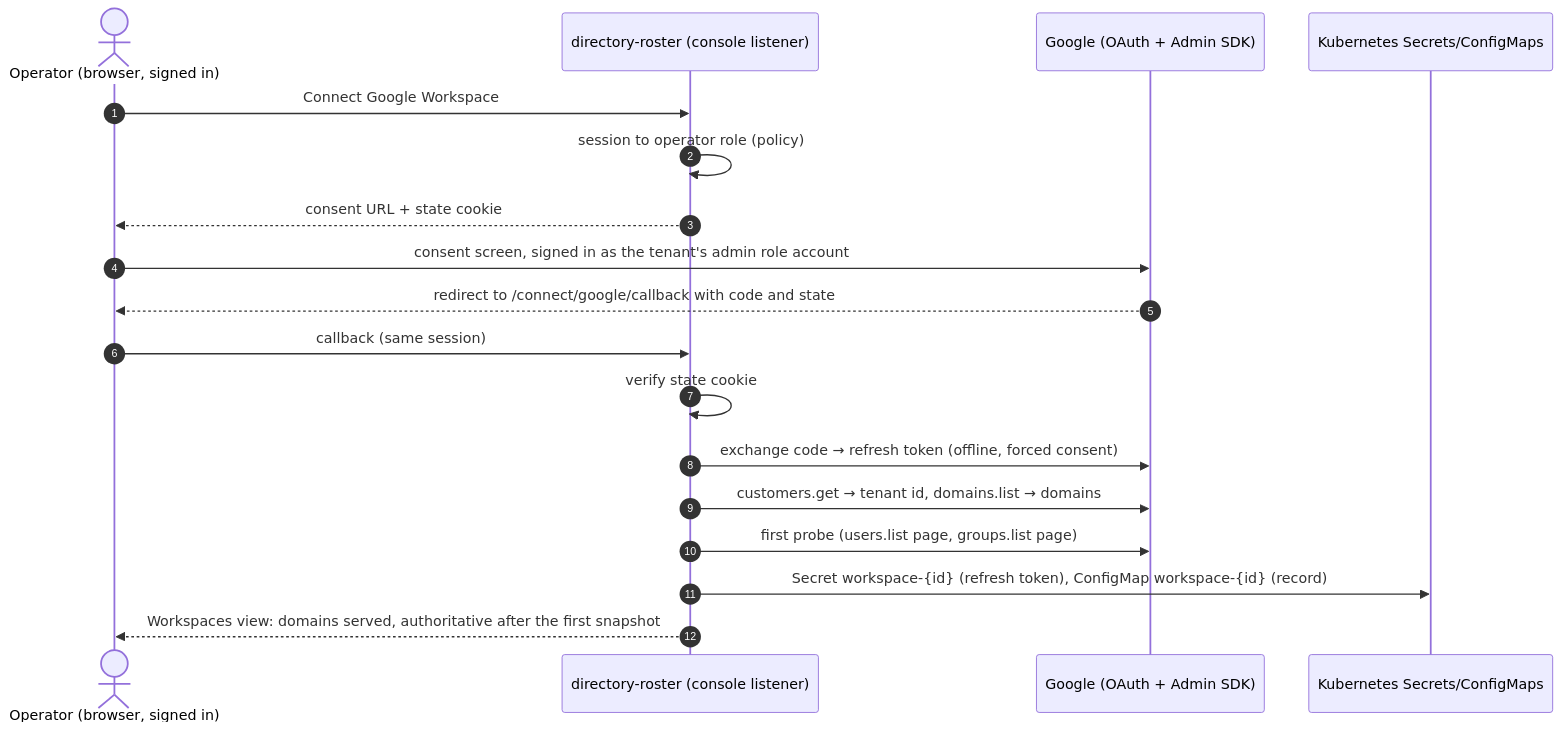
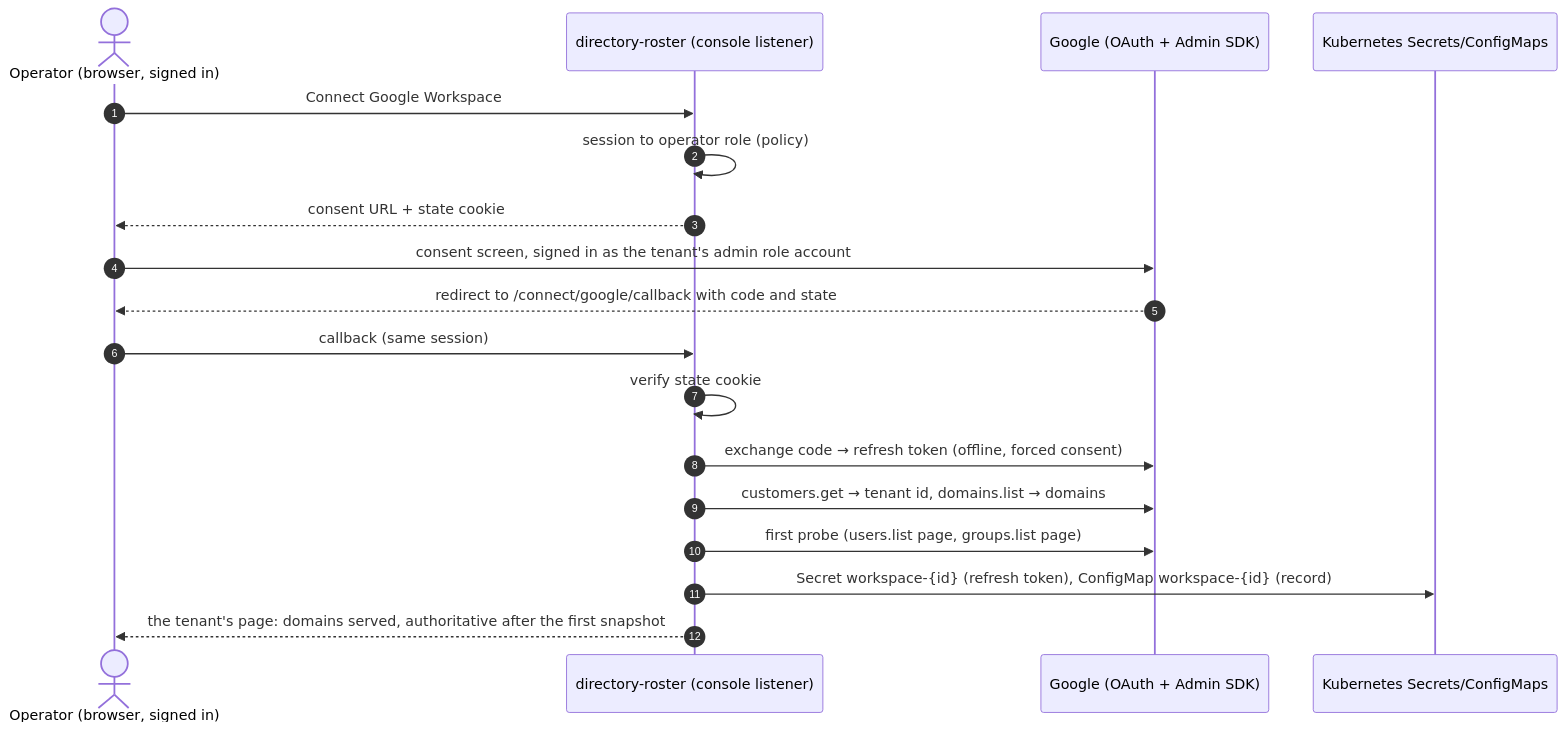
The ninth of 11 diagrams in docs/architecture.md (truvity/access-roster), drawn with Mermaid before and after one commit. The commit also changed other lines of this file and 7 other files, not shown here.

````diff
--- a/docs/architecture.md
+++ b/docs/architecture.md
@@ -333,20 +333,20 @@
 ```mermaid
 sequenceDiagram
   autonumber
   actor Op as Operator (browser, signed in)
   participant Hub as directory-roster (console listener)
   participant G as Google (OAuth + Admin SDK)
   participant K as Kubernetes Secrets/ConfigMaps
   Op->>Hub: Connect Google Workspace
   Hub->>Hub: session to operator role (policy)
   Hub-->>Op: consent URL + state cookie
   Op->>G: consent screen, signed in as the tenant's admin role account
   G-->>Op: redirect to /connect/google/callback with code and state
   Op->>Hub: callback (same session)
   Hub->>Hub: verify state cookie
   Hub->>G: exchange code → refresh token (offline, forced consent)
   Hub->>G: customers.get → tenant id, domains.list → domains
   Hub->>G: first probe (users.list page, groups.list page)
   Hub->>K: Secret workspace-{id} (refresh token), ConfigMap workspace-{id} (record)
-  Hub-->>Op: Workspaces view: domains served, authoritative after the first snapshot
+  Hub-->>Op: the tenant's page: domains served, authoritative after the first snapshot
 ```
````
